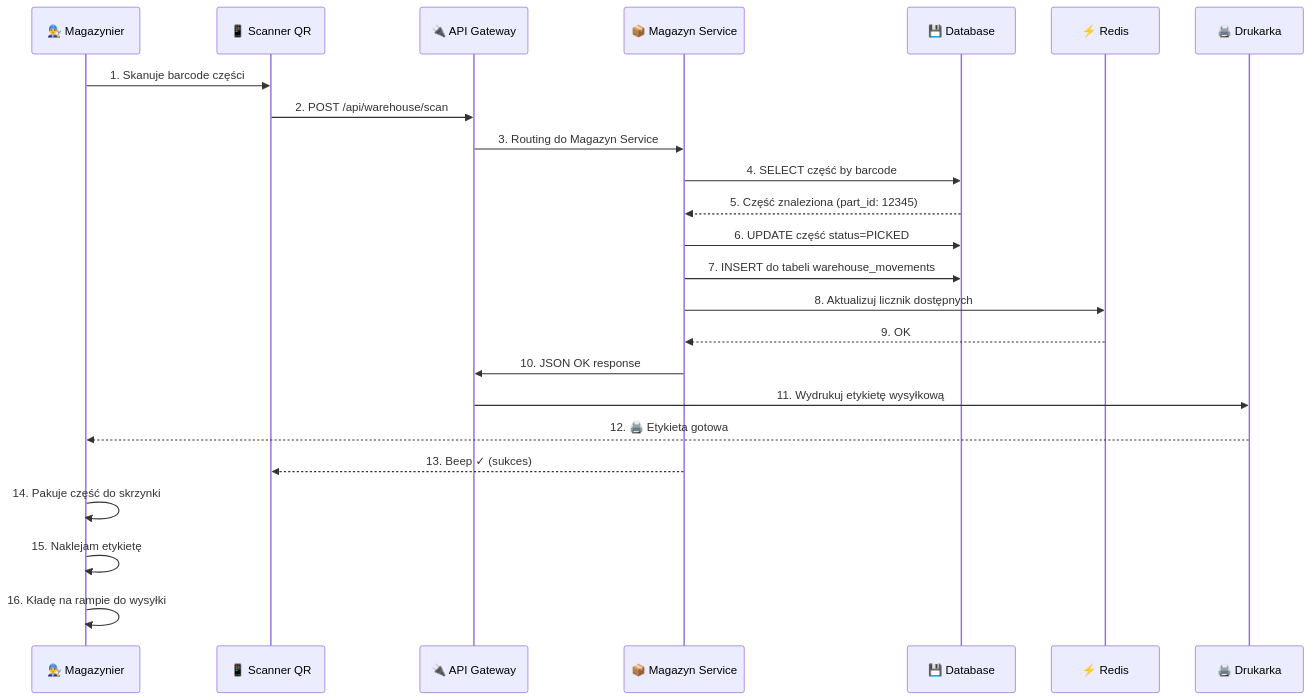
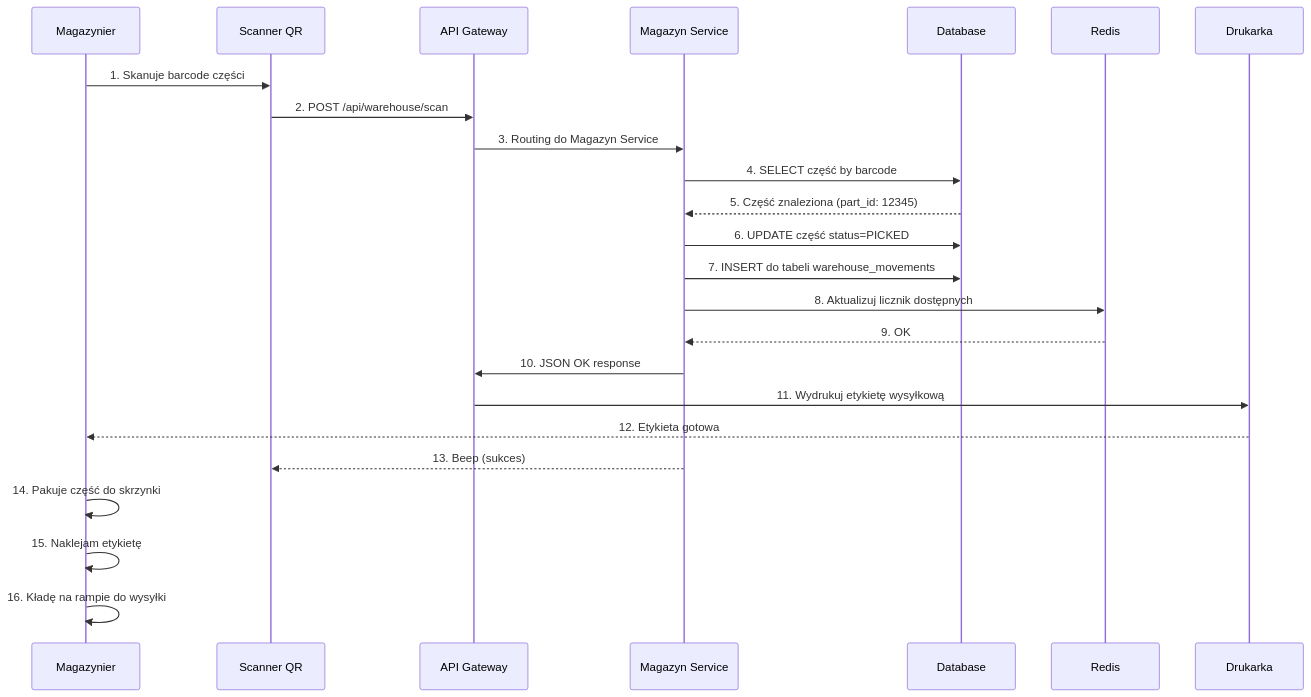
The fourth of 10 diagrams in projekt-magazyn/diagramy_mermaid.md (Jolanta27/Jolanta27), drawn with Mermaid before and after one commit. The commit also changed other lines of this file, not shown here.

Commit message:
Remove all icons/emojis from Mermaid diagrams

````diff
--- a/projekt-magazyn/diagramy_mermaid.md
+++ b/projekt-magazyn/diagramy_mermaid.md
@@ -193,28 +193,28 @@
 ```mermaid
 sequenceDiagram
-    participant Magazynier as 👨‍🔧 Magazynier
-    participant Scanner as 📱 Scanner QR
-    participant API as 🔌 API Gateway
-    participant Magazyn as 📦 Magazyn Service
-    participant DB as 💾 Database
-    participant Cache as ⚡ Redis
-    participant Printer as 🖨️ Drukarka
+    participant Magazynier as Magazynier
+    participant Scanner as Scanner QR
+    participant API as API Gateway
+    participant Magazyn as Magazyn Service
+    participant DB as Database
+    participant Cache as Redis
+    participant Printer as Drukarka
 
     Magazynier->>Scanner: 1. Skanuje barcode części
     Scanner->>API: 2. POST /api/warehouse/scan
     API->>Magazyn: 3. Routing do Magazyn Service
     Magazyn->>DB: 4. SELECT część by barcode
     DB-->>Magazyn: 5. Część znaleziona (part_id: 12345)
     Magazyn->>DB: 6. UPDATE część status=PICKED
     Magazyn->>DB: 7. INSERT do tabeli warehouse_movements
     Magazyn->>Cache: 8. Aktualizuj licznik dostępnych
     Cache-->>Magazyn: 9. OK
     Magazyn->>API: 10. JSON OK response
     API->>Printer: 11. Wydrukuj etykietę wysyłkową
-    Printer-->>Magazynier: 12. 🖨️ Etykieta gotowa
-    Magazyn-->>Scanner: 13. Beep ✓ (sukces)
+    Printer-->>Magazynier: 12. Etykieta gotowa
+    Magazyn-->>Scanner: 13. Beep (sukces)
 
     Magazynier->>Magazynier: 14. Pakuje część do skrzynki
     Magazynier->>Magazynier: 15. Naklejam etykietę
     Magazynier->>Magazynier: 16. Kładę na rampie do wysyłki
 ```
````
